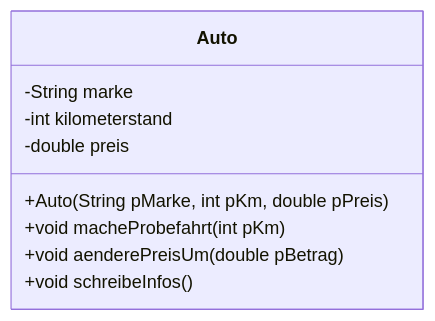
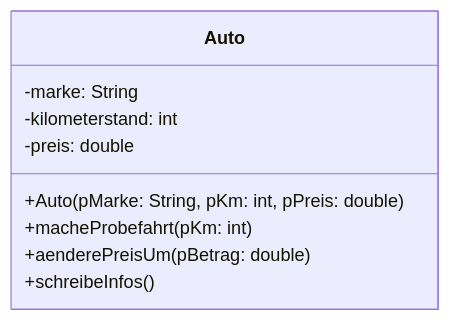
One commit to openpatch/hyperbook-informatik changed the diagram in book/oberstufe/oop/01-grundlagen/06-objektorientierung/01-klassen-und-objekte.md. Above: the diagram before and after it, drawn with Mermaid. The commit also changed 19 other files, not shown here.

Commit message:
richtige implementationsdiagramme

````diff
--- a/book/oberstufe/oop/01-grundlagen/06-objektorientierung/01-klassen-und-objekte.md
+++ b/book/oberstufe/oop/01-grundlagen/06-objektorientierung/01-klassen-und-objekte.md
@@ -28,12 +28,12 @@
 ```mermaid
 classDiagram
     class Auto {
-        -String marke
-        -int kilometerstand
-        -double preis
-        +Auto(String pMarke, int pKm, double pPreis)
-        +void macheProbefahrt(int pKm)
-        +void aenderePreisUm(double pBetrag)
-        +void schreibeInfos()
+        -marke: String
+        -kilometerstand: int
+        -preis: double
+        +Auto(pMarke: String, pKm: int, pPreis: double)
+        +macheProbefahrt(pKm: int)
+        +aenderePreisUm(pBetrag: double)
+        +schreibeInfos()
     }
 ```
````
